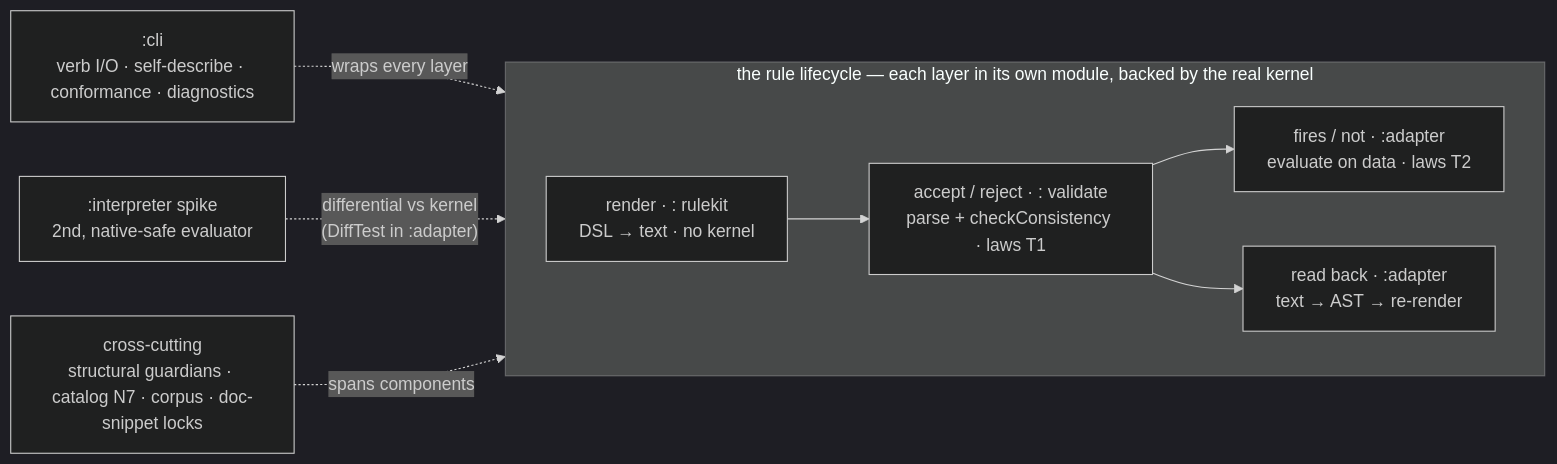
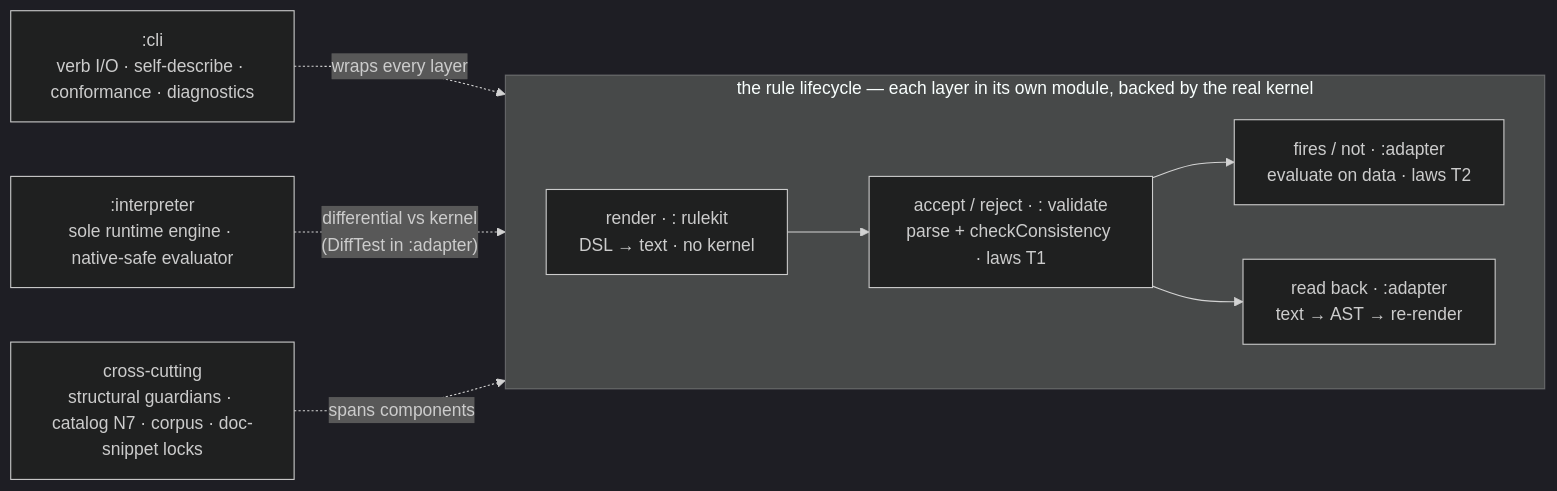
Before and after one commit to mbackschat/a12-dmkits: the diagram in docs/TESTING-SPEC.md, drawn with Mermaid (dark theme). The commit also changed other lines of this file and 13 other files, not shown here.

````diff
--- a/docs/TESTING-SPEC.md
+++ b/docs/TESTING-SPEC.md
@@ -22,18 +22,18 @@
 ```mermaid
 flowchart LR
   subgraph life["the rule lifecycle — each layer in its own module, backed by the real kernel"]
     direction LR
     R["render · : rulekit<br/>DSL → text · no kernel"]
     A["accept / reject · : validate<br/>parse + checkConsistency · laws T1"]
     F["fires / not · :adapter<br/>evaluate on data · laws T2"]
     RB["read back · :adapter<br/>text → AST → re-render"]
     R --> A --> F
     A --> RB
   end
   CLI[":cli<br/>verb I/O · self-describe · conformance · diagnostics"]
-  INT[":interpreter spike<br/>2nd, native-safe evaluator"]
+  INT[":interpreter<br/>sole runtime engine · native-safe evaluator"]
   CC["cross-cutting<br/>structural guardians · catalog N7 · corpus · doc-snippet locks"]
   CLI -.->|"wraps every layer"| A
   INT -.->|"differential vs kernel<br/>(DiffTest in :adapter)"| F
   CC -.->|"spans components"| life
 ```
````
